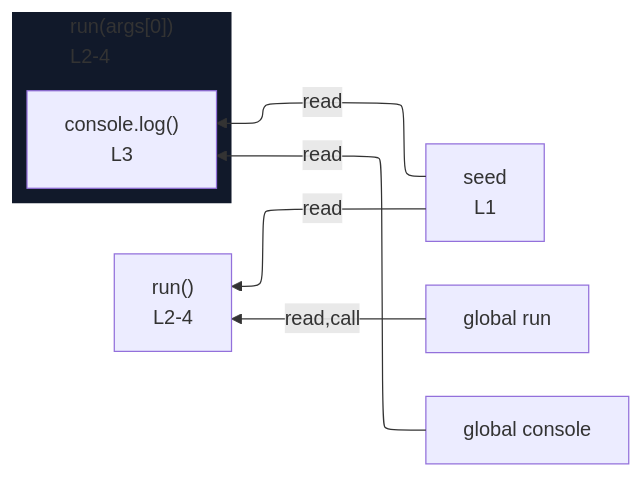
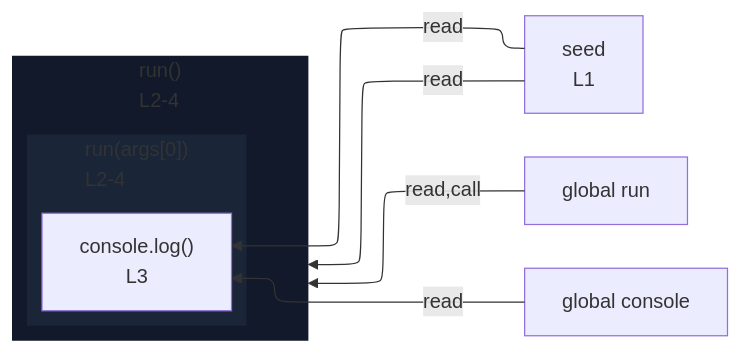
Before and after one commit to crescware/unsnarl: the diagram in integration/fixtures/expression-statement/call-with-callback-and-array/preview.md, drawn with Mermaid. The commit also changed 39 other files, not shown here.

````diff
--- a/integration/fixtures/expression-statement/call-with-callback-and-array/preview.md
+++ b/integration/fixtures/expression-statement/call-with-callback-and-array/preview.md
@@ -14,18 +14,22 @@
 ```mermaid
 %%{init: {"flowchart": {"defaultRenderer": "elk"}}}%%
 flowchart RL
   n_scope_0_seed_6["seed<br/>L1"]
   n_scope_0_run_17["global run"]
   n_scope_0_console_31["global console"]
-  subgraph s_scope_1["run(args[0])<br/>L2-4"]
+  subgraph expr_stmt_17["run()<br/>L2-4"]
     direction RL
-    expr_stmt_31["console.log()<br/>L3"]
+    subgraph s_scope_1["run(args[0])<br/>L2-4"]
+      direction RL
+      expr_stmt_31["console.log()<br/>L3"]
+    end
   end
   n_scope_0_run_17 -->|read,call| expr_stmt_17
   n_scope_0_console_31 -->|read| expr_stmt_31
   n_scope_0_seed_6 -->|read| expr_stmt_31
   n_scope_0_seed_6 -->|read| expr_stmt_17
-  expr_stmt_17["run()<br/>L2-4"]
   classDef nestL1 fill:#11192a,stroke:transparent;
-  class s_scope_1 nestL1;
+  class expr_stmt_17 nestL1;
+  classDef nestL2 fill:#1a2538,stroke:transparent;
+  class s_scope_1 nestL2;
 ```
````
